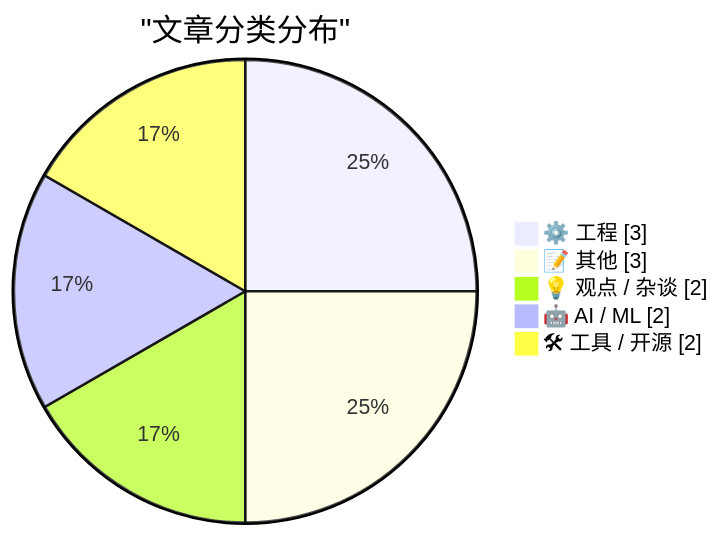
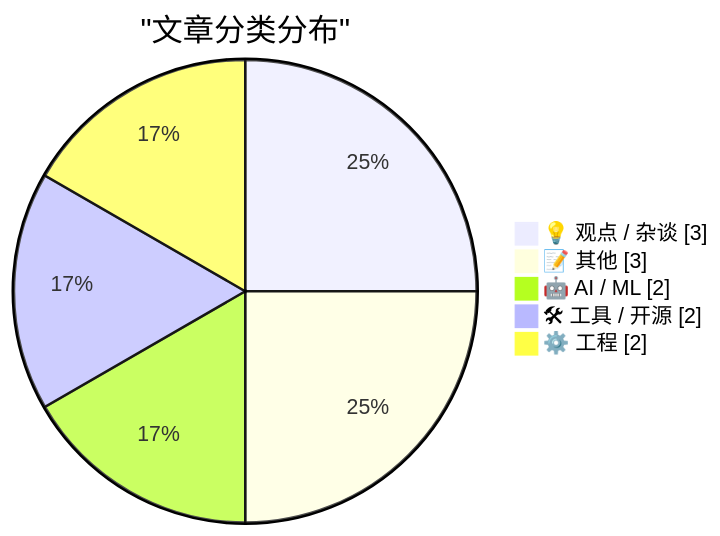
One commit to SamhooXee/aidigest changed the first of 2 diagrams in content/digest_2026-06-09.md. Above: the diagram before and after it, drawn with Mermaid. The commit also changed other lines of this file, not shown here.

````diff
--- a/content/digest_2026-06-09.md
+++ b/content/digest_2026-06-09.md
@@ -53,9 +47,9 @@
 ```mermaid
 pie showData
     title "文章分类分布"
-    "⚙️ 工程" : 3
+    "💡 观点 / 杂谈" : 3
     "📝 其他" : 3
-    "💡 观点 / 杂谈" : 2
     "🤖 AI / ML" : 2
     "🛠 工具 / 开源" : 2
+    "⚙️ 工程" : 2
 ```
````
